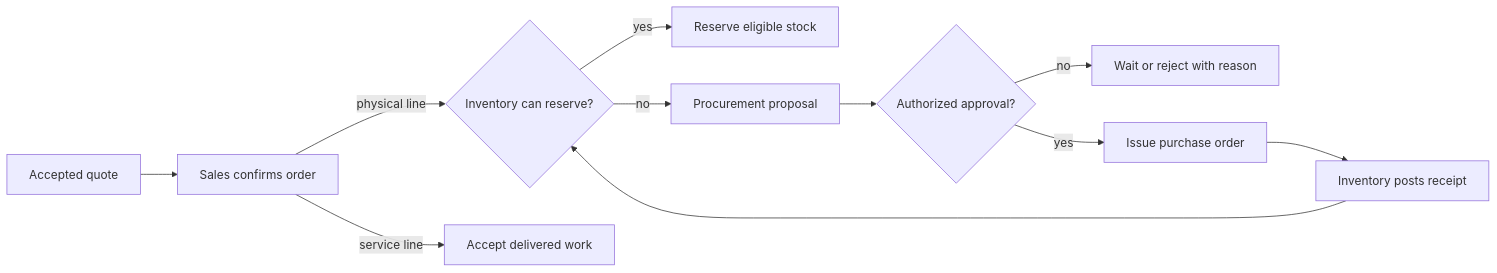
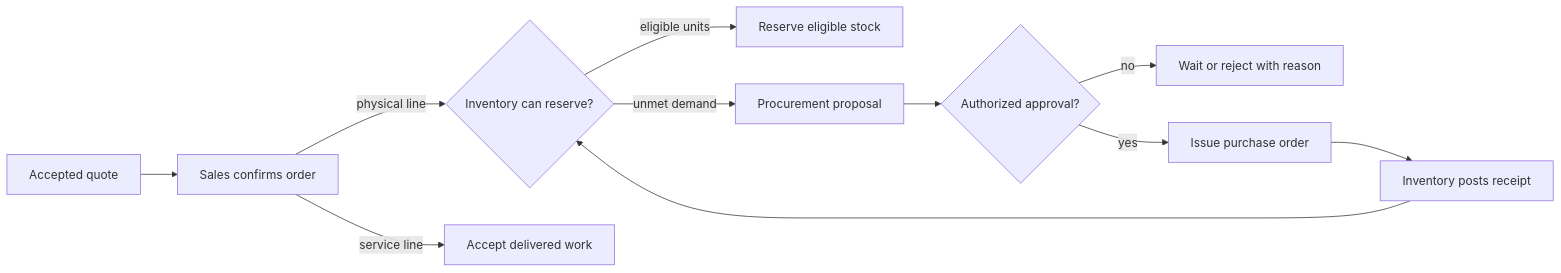
One commit to deed-ee/erp changed the diagram in docs/processes/README.md. Above: the diagram before and after it, drawn with Mermaid. The commit also changed other lines of this file and 9 other files, not shown here.

Commit message:
Record approved sharing and reservation policies for the first reference flows

````diff
--- a/docs/processes/README.md
+++ b/docs/processes/README.md
@@ -5,13 +5,13 @@
 ```mermaid
 flowchart LR
  Q[Accepted quote] --> O[Sales confirms order]
  O -->|physical line| R{Inventory can reserve?}
- R -->|yes| S[Reserve eligible stock]
- R -->|no| P[Procurement proposal]
+ R -->|eligible units| S[Reserve eligible stock]
+ R -->|unmet demand| P[Procurement proposal]
  P --> A{Authorized approval?}
  A -->|no| W[Wait or reject with reason]
  A -->|yes| PO[Issue purchase order]
  PO --> G[Inventory posts receipt]
  G --> R
  O -->|service line| T[Accept delivered work]
 ```
````
